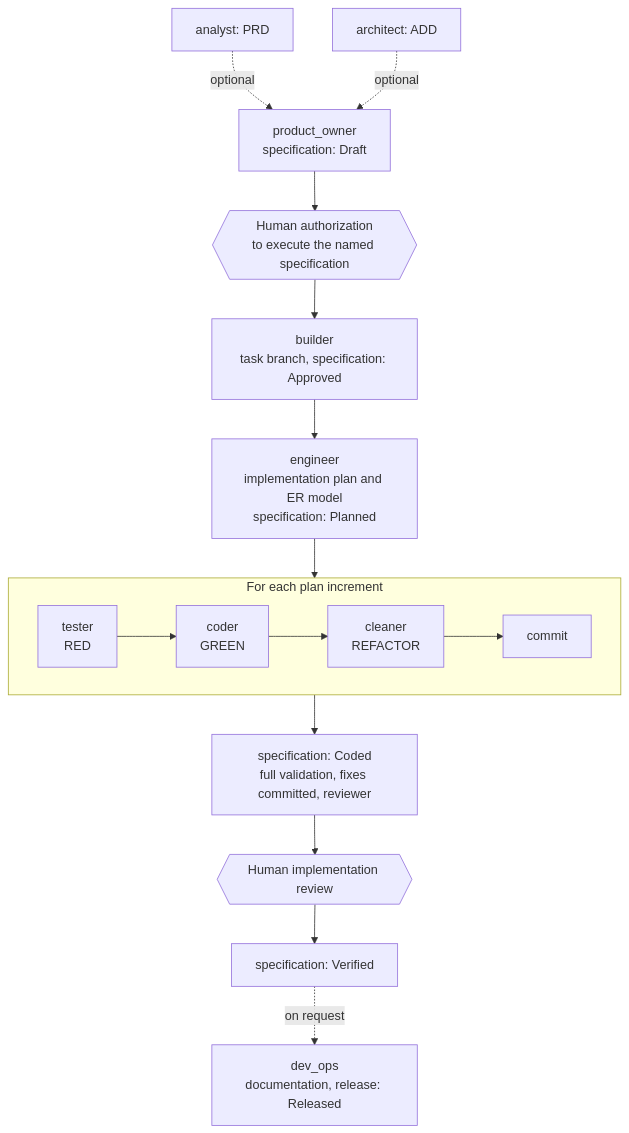
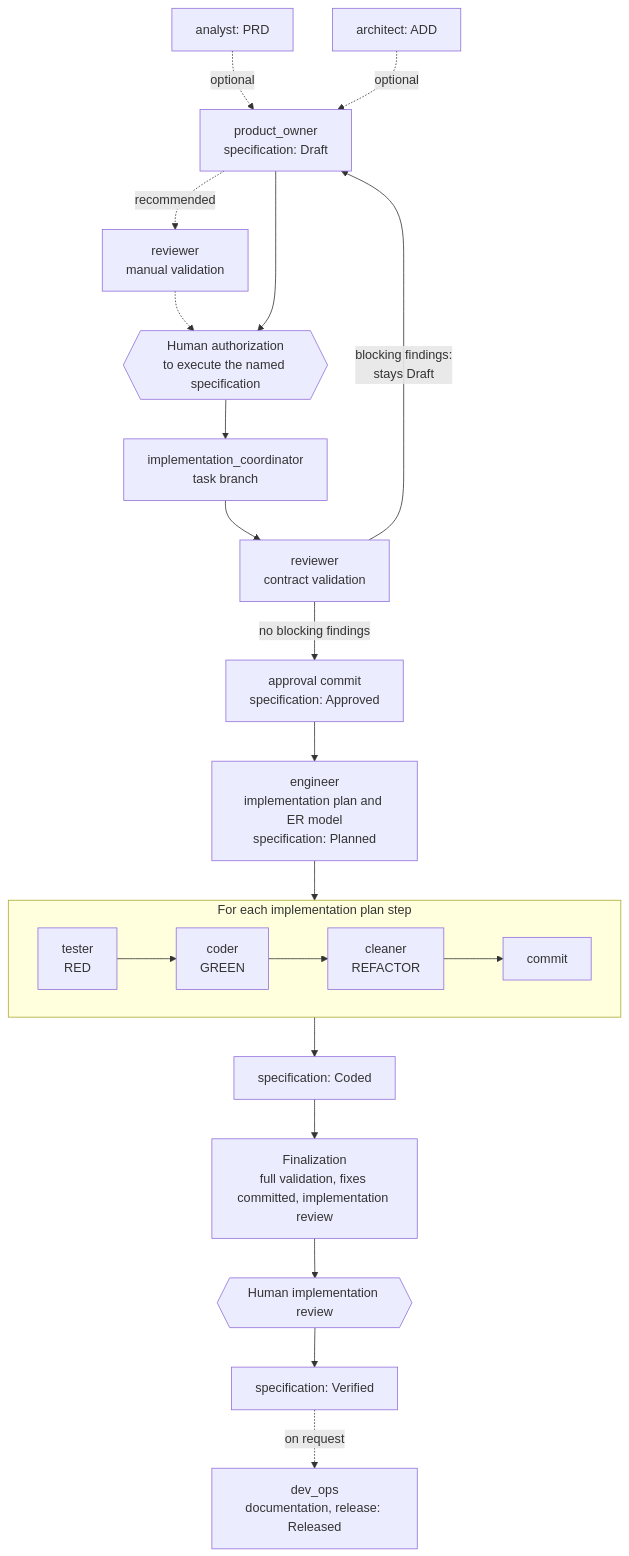
One commit to yocra3/AI_agents changed the first of 2 diagrams in README.md. Above: the diagram before and after it, drawn with Mermaid. The commit also changed other lines of this file and 8 other files, not shown here.

First line of the commit message:
docs: align docs and bootstrap with the unified implementation flow

````diff
--- a/README.md
+++ b/README.md
@@ -40,17 +59,23 @@
 ```mermaid
 flowchart TD
     AN["analyst: PRD"] -. optional .-> PO
     AR["architect: ADD"] -. optional .-> PO
-    PO["product_owner<br/>specification: Draft"] --> HA{{"Human authorization<br/>to execute the named specification"}}
-    HA --> BU["builder<br/>task branch, specification: Approved"]
-    BU --> EN["engineer<br/>implementation plan and ER model<br/>specification: Planned"]
+    PO["product_owner<br/>specification: Draft"] -. recommended .-> MV["reviewer<br/>manual validation"]
+    MV -.-> HA
+    PO --> HA{{"Human authorization<br/>to execute the named specification"}}
+    HA --> IC["implementation_coordinator<br/>task branch"]
+    IC --> RV["reviewer<br/>contract validation"]
+    RV -- "blocking findings:<br/>stays Draft" --> PO
+    RV -- "no blocking findings" --> AP["approval commit<br/>specification: Approved"]
+    AP --> EN["engineer<br/>implementation plan and ER model<br/>specification: Planned"]
     EN --> INC
-    subgraph INC ["For each plan increment"]
+    subgraph INC ["For each implementation plan step"]
         direction LR
         T["tester<br/>RED"] --> C["coder<br/>GREEN"] --> CL["cleaner<br/>REFACTOR"] --> CM["commit"]
     end
-    INC --> VA["specification: Coded<br/>full validation, fixes committed, reviewer"]
-    VA --> HR{{"Human implementation review"}}
+    INC --> CO["specification: Coded"]
+    CO --> FI["Finalization<br/>full validation, fixes committed, implementation review"]
+    FI --> HR{{"Human implementation review"}}
     HR --> VE["specification: Verified"]
     VE -. on request .-> DO["dev_ops<br/>documentation, release: Released"]
 ```
````
